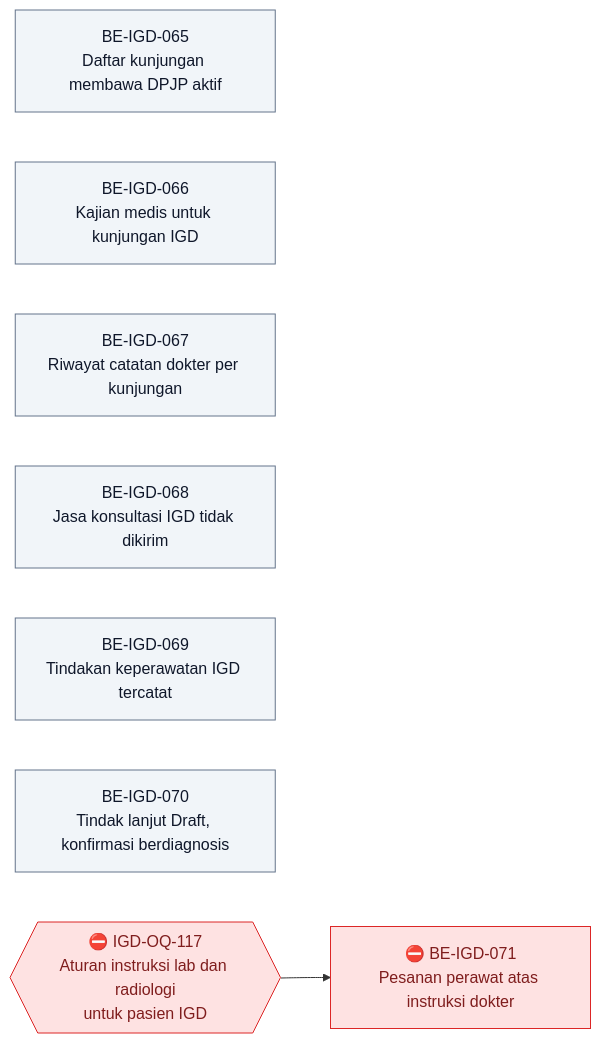
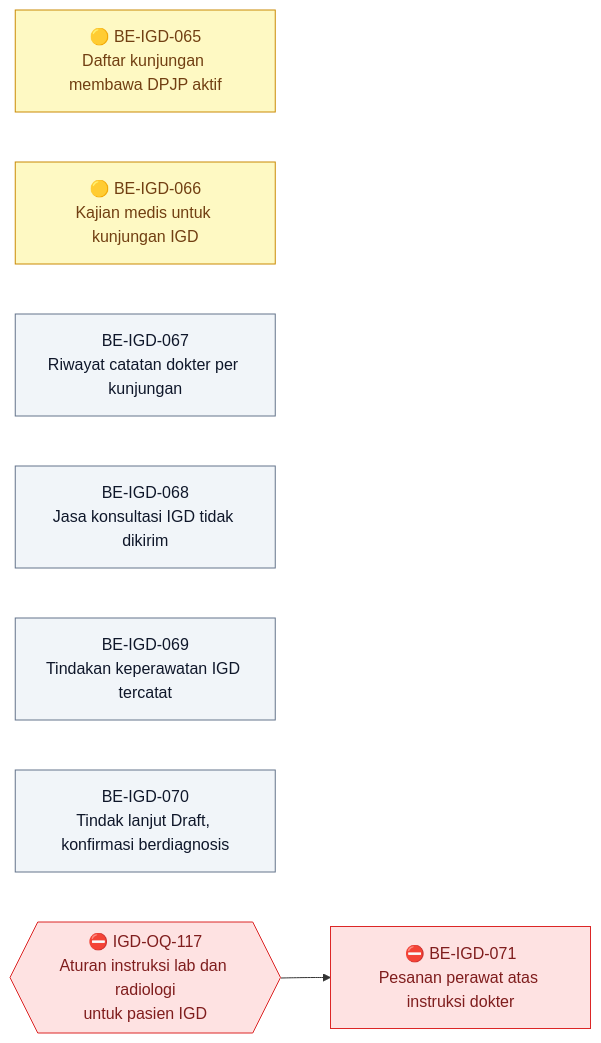
Before and after one commit to DevBenari/NewQuilvianSystemBackend: diagram 15 of 15 in docs/module-blueprints/igd/roadmap/backend-roadmap.md, drawn with Mermaid. The commit also changed other lines of this file and 11 other files, not shown here.

````diff
--- a/docs/module-blueprints/igd/roadmap/backend-roadmap.md
+++ b/docs/module-blueprints/igd/roadmap/backend-roadmap.md
@@ -3420,19 +3420,19 @@
 ```mermaid
 flowchart LR
     classDef selesai fill:#DCFCE7,stroke:#16A34A,color:#14532D
     classDef sebagian fill:#FEF9C3,stroke:#CA8A04,color:#713F12
     classDef terblokir fill:#FEE2E2,stroke:#DC2626,color:#7F1D1D
     classDef belum fill:#F1F5F9,stroke:#64748B,color:#0F172A
     classDef luar fill:#EDE9FE,stroke:#7C3AED,color:#3B0764
 
-    BEIGD065["BE-IGD-065<br/>Daftar kunjungan membawa DPJP aktif"]:::belum
-    BEIGD066["BE-IGD-066<br/>Kajian medis untuk kunjungan IGD"]:::belum
+    BEIGD065["🟡 BE-IGD-065<br/>Daftar kunjungan membawa DPJP aktif"]:::sebagian
+    BEIGD066["🟡 BE-IGD-066<br/>Kajian medis untuk kunjungan IGD"]:::sebagian
     BEIGD067["BE-IGD-067<br/>Riwayat catatan dokter per kunjungan"]:::belum
     BEIGD068["BE-IGD-068<br/>Jasa konsultasi IGD tidak dikirim"]:::belum
     BEIGD069["BE-IGD-069<br/>Tindakan keperawatan IGD tercatat"]:::belum
     BEIGD070["BE-IGD-070<br/>Tindak lanjut Draft, konfirmasi berdiagnosis"]:::belum
     BEIGD071["⛔ BE-IGD-071<br/>Pesanan perawat atas instruksi dokter"]:::terblokir
     OQIGD117{{"⛔ IGD-OQ-117<br/>Aturan instruksi lab dan radiologi<br/>untuk pasien IGD"}}:::terblokir
 
     OQIGD117 --> BEIGD071
 ```
````
